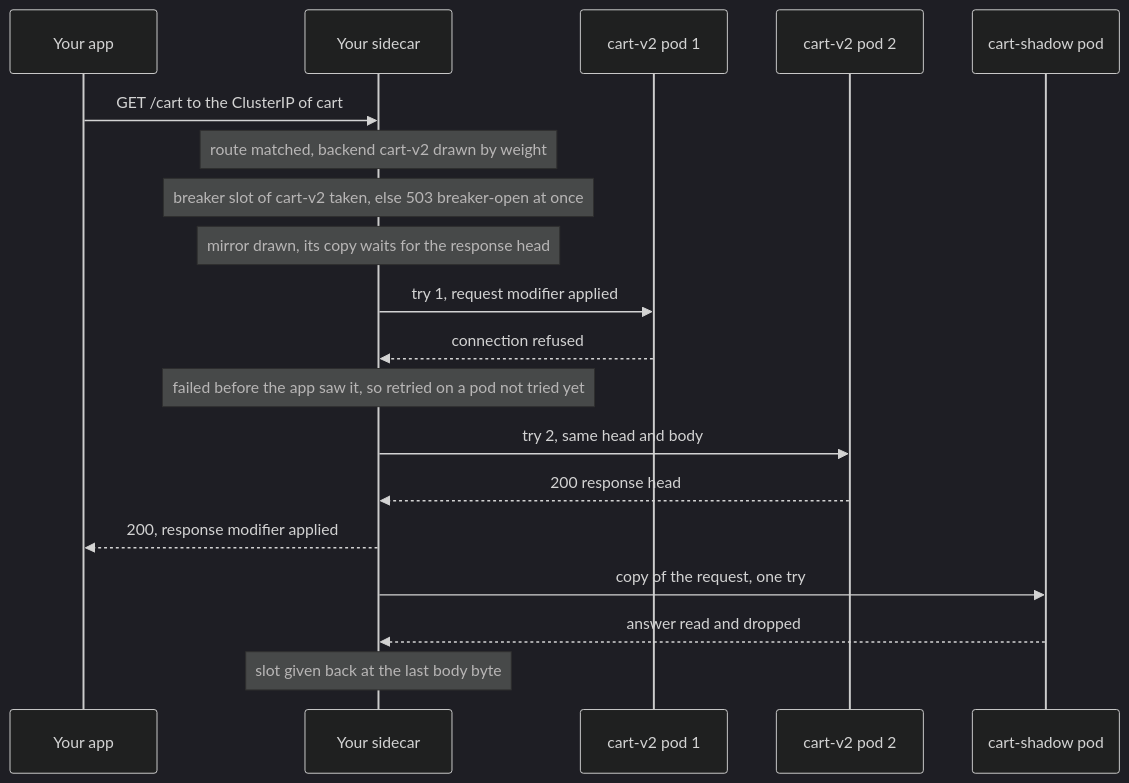
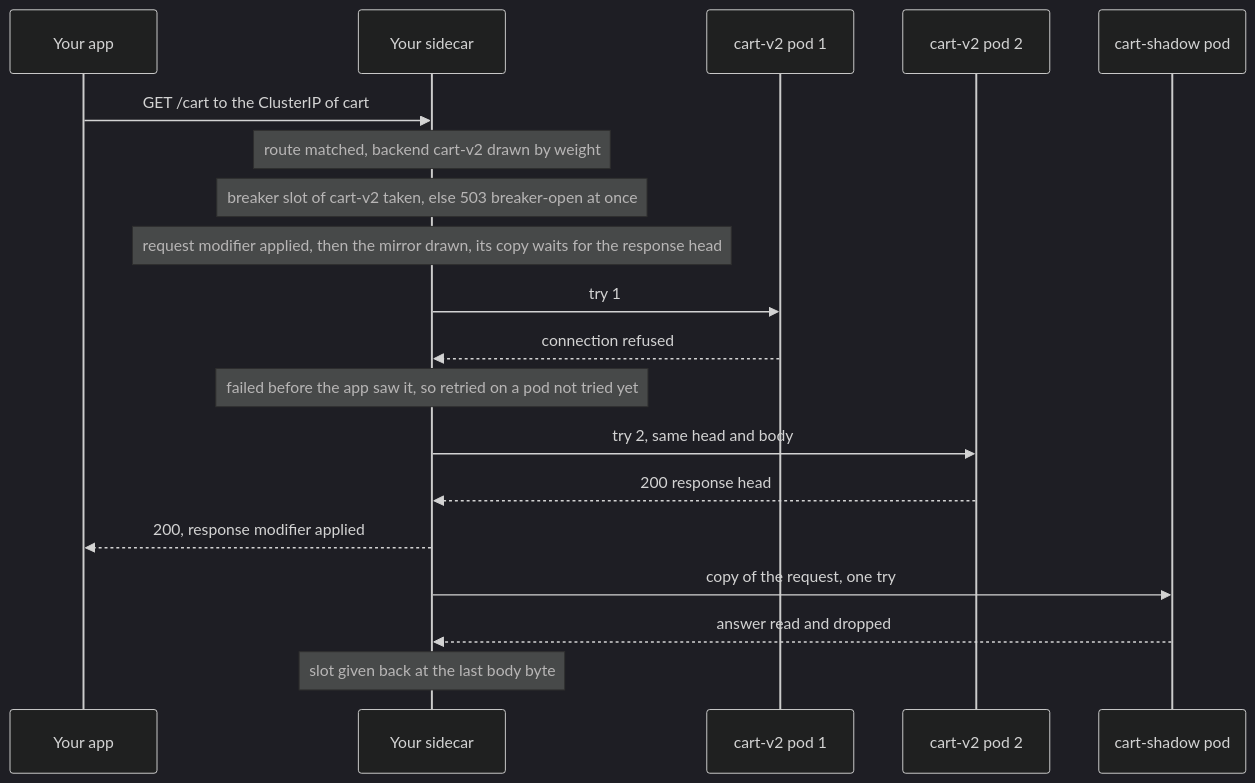
One commit to Thaliph/mock-server changed the second of 2 diagrams in docs/wiki/Mesh.md. Above: the diagram before and after it, drawn with Mermaid (dark theme). The commit also changed other lines of this file and 1 other file, not shown here.

Commit message:
docs: review points of #548 (fault injection milestone, modifier before mirror, reserved RTE range)

````diff
--- a/docs/wiki/Mesh.md
+++ b/docs/wiki/Mesh.md
@@ -66,21 +66,21 @@
 ```mermaid
 sequenceDiagram
   participant App as Your app
   participant SC as Your sidecar
   participant P1 as cart-v2 pod 1
   participant P2 as cart-v2 pod 2
   participant Sh as cart-shadow pod
   App->>SC: GET /cart to the ClusterIP of cart
   Note over SC: route matched, backend cart-v2 drawn by weight
   Note over SC: breaker slot of cart-v2 taken, else 503 breaker-open at once
-  Note over SC: mirror drawn, its copy waits for the response head
-  SC->>P1: try 1, request modifier applied
+  Note over SC: request modifier applied, then the mirror drawn, its copy waits for the response head
+  SC->>P1: try 1
   P1-->>SC: connection refused
   Note over SC: failed before the app saw it, so retried on a pod not tried yet
   SC->>P2: try 2, same head and body
   P2-->>SC: 200 response head
   SC-->>App: 200, response modifier applied
   SC->>Sh: copy of the request, one try
   Sh-->>SC: answer read and dropped
   Note over SC: slot given back at the last body byte
 ```
````
